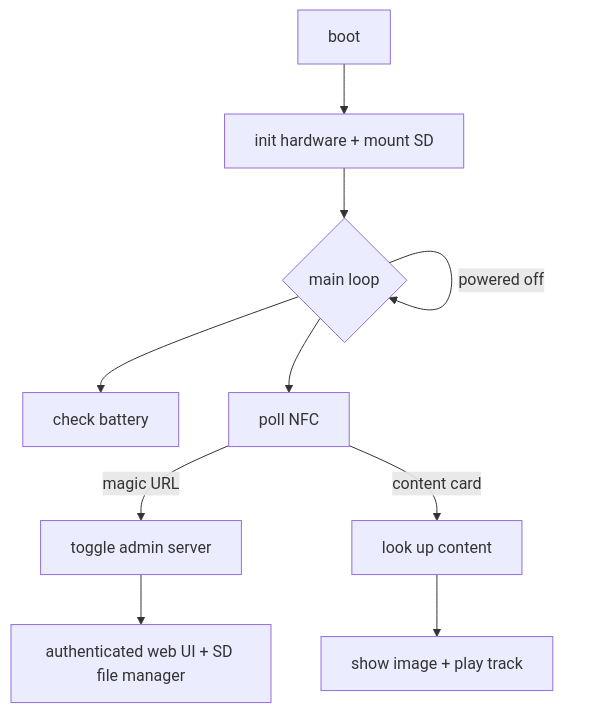
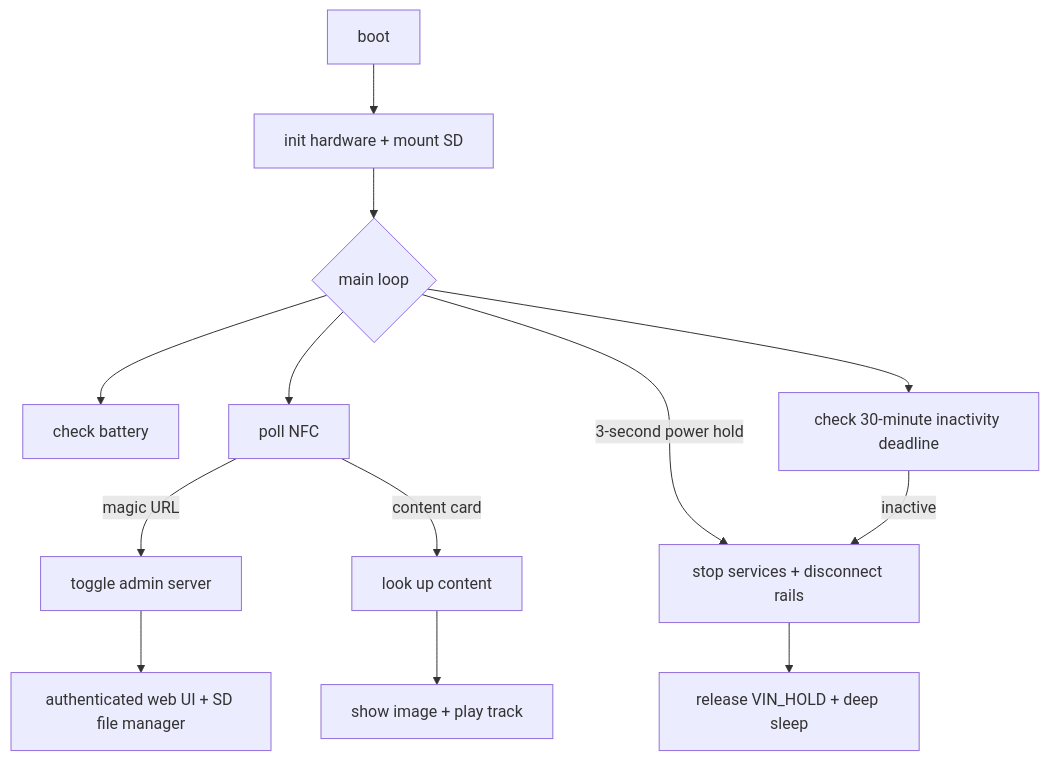
The first of 2 diagrams in docs/open-yoto-firmware.md (tensorfish/open-yoto), drawn with Mermaid before and after one commit. The commit also changed other lines of this file and 10 other files, not shown here.

````diff
--- a/docs/open-yoto-firmware.md
+++ b/docs/open-yoto-firmware.md
@@ -17,12 +17,15 @@
 ```mermaid
 flowchart TD
   A[boot] --> B[init hardware + mount SD]
   B --> D{main loop}
-  D -->|powered off| D
   D --> E[check battery]
   D --> F[poll NFC]
+  D --> K[check 30-minute inactivity deadline]
+  D -->|3-second power hold| L[stop services + disconnect rails]
+  K -->|inactive| L
+  L --> M[release VIN_HOLD + deep sleep]
   F -->|magic URL| G[toggle admin server]
   F -->|content card| H[look up content]
   H --> I[show image + play track]
   G --> J[authenticated web UI + SD file manager]
 ```
````
